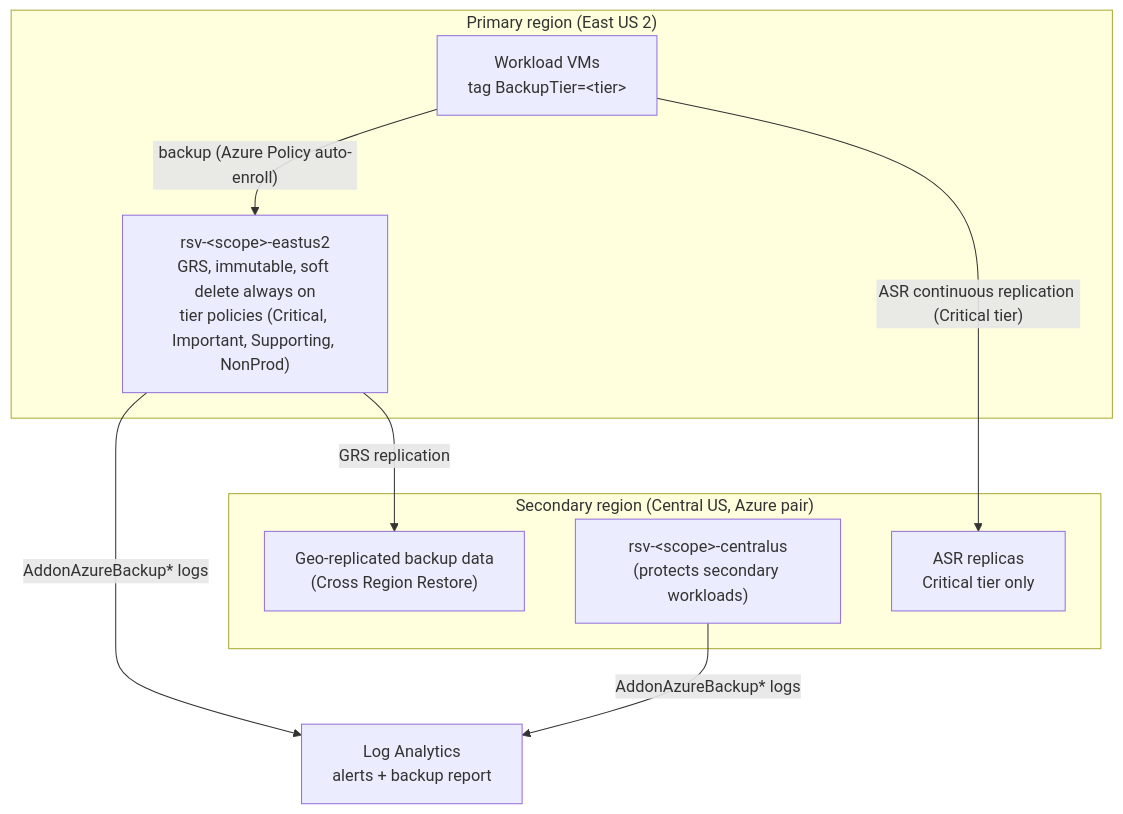
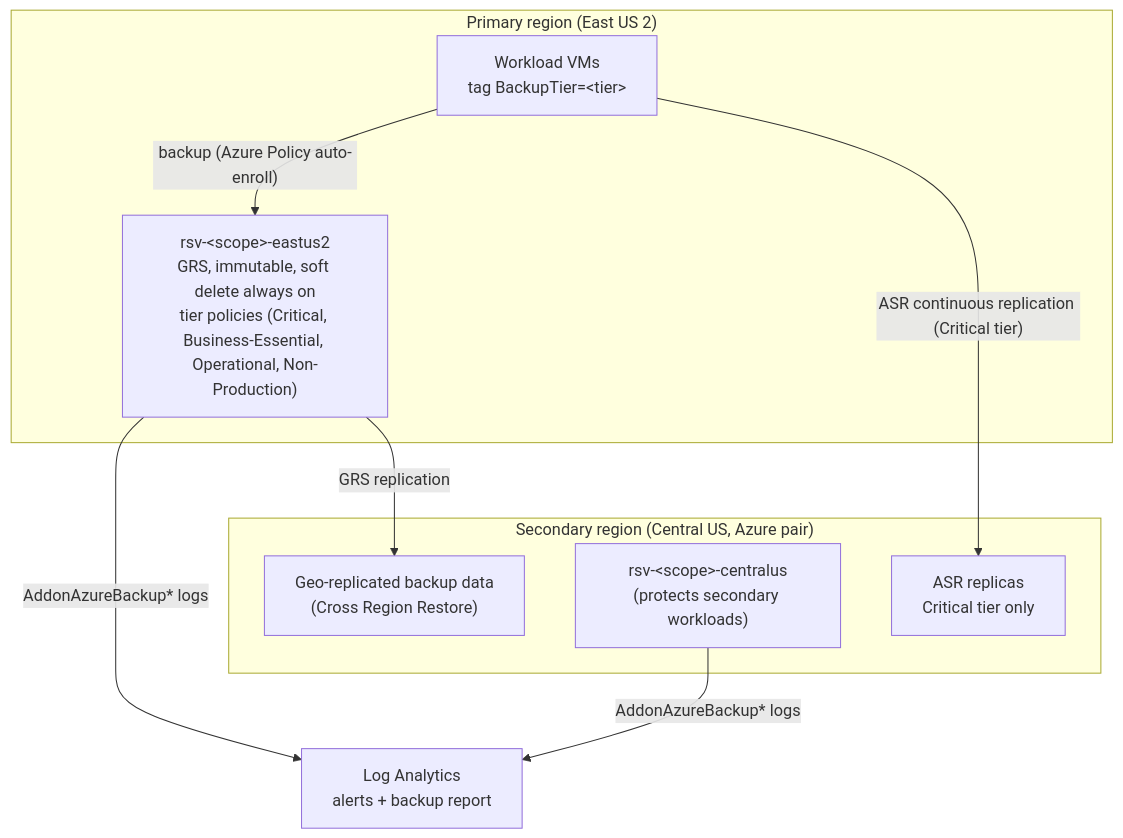
Before and after one commit to RaeRucker/azure-disaster-recovery-engineering: the second of 2 diagrams in README.md, drawn with Mermaid. The commit also changed other lines of this file and 7 other files, not shown here.

Commit message:
Rename tiers: Critical, Business-Essential, Operational, Non-Production

````diff
--- a/README.md
+++ b/README.md
@@ -55,16 +55,16 @@
 ```mermaid
 flowchart TB
     subgraph PRI["Primary region (East US 2)"]
         VMS["Workload VMs<br/>tag BackupTier=&lt;tier&gt;"]
-        RSV1["rsv-&lt;scope&gt;-eastus2<br/>GRS, immutable, soft delete always on<br/>tier policies (Critical, Important, Supporting, NonProd)"]
+        RSV1["rsv-&lt;scope&gt;-eastus2<br/>GRS, immutable, soft delete always on<br/>tier policies (Critical, Business-Essential, Operational, Non-Production)"]
         VMS -- "backup (Azure Policy auto-enroll)" --> RSV1
     end
     subgraph SEC["Secondary region (Central US, Azure pair)"]
         GRS["Geo-replicated backup data<br/>(Cross Region Restore)"]
         RSV2["rsv-&lt;scope&gt;-centralus<br/>(protects secondary workloads)"]
         REP["ASR replicas<br/>Critical tier only"]
     end
     RSV1 -- "GRS replication" --> GRS
     VMS -- "ASR continuous replication (Critical tier)" --> REP
     RSV1 & RSV2 -- "AddonAzureBackup* logs" --> LAW["Log Analytics<br/>alerts + backup report"]
 ```
````
